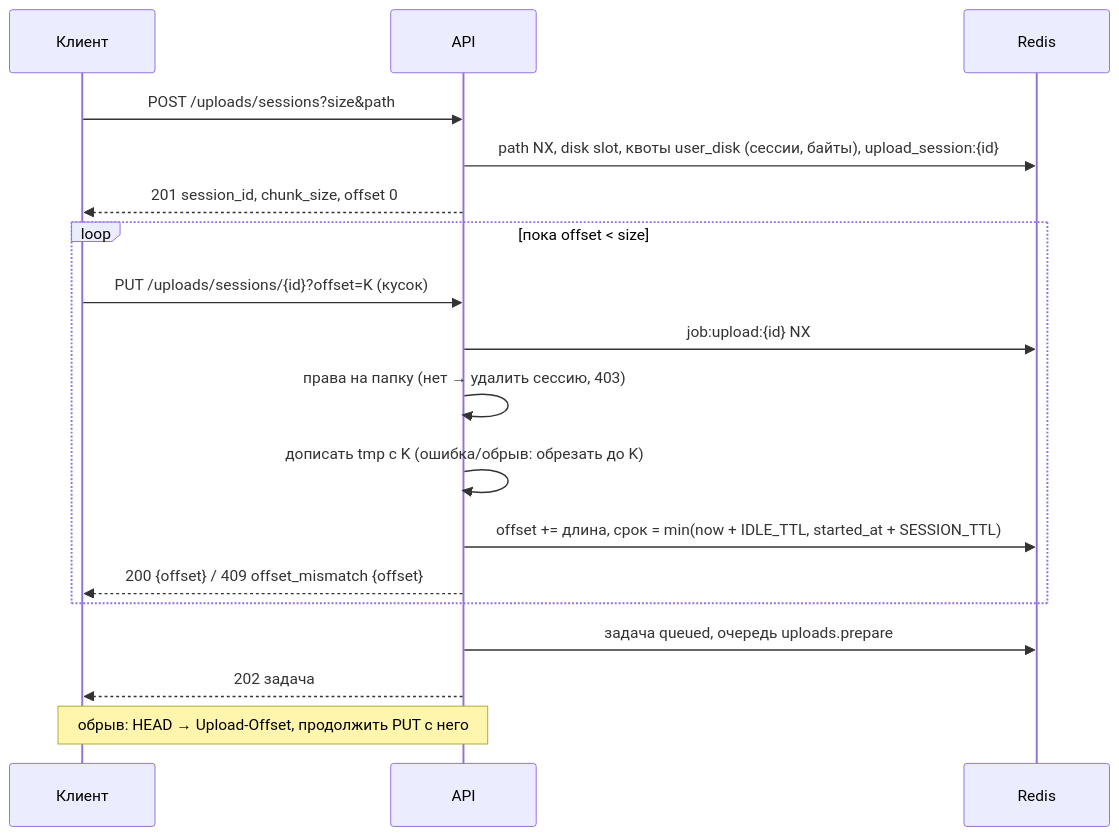
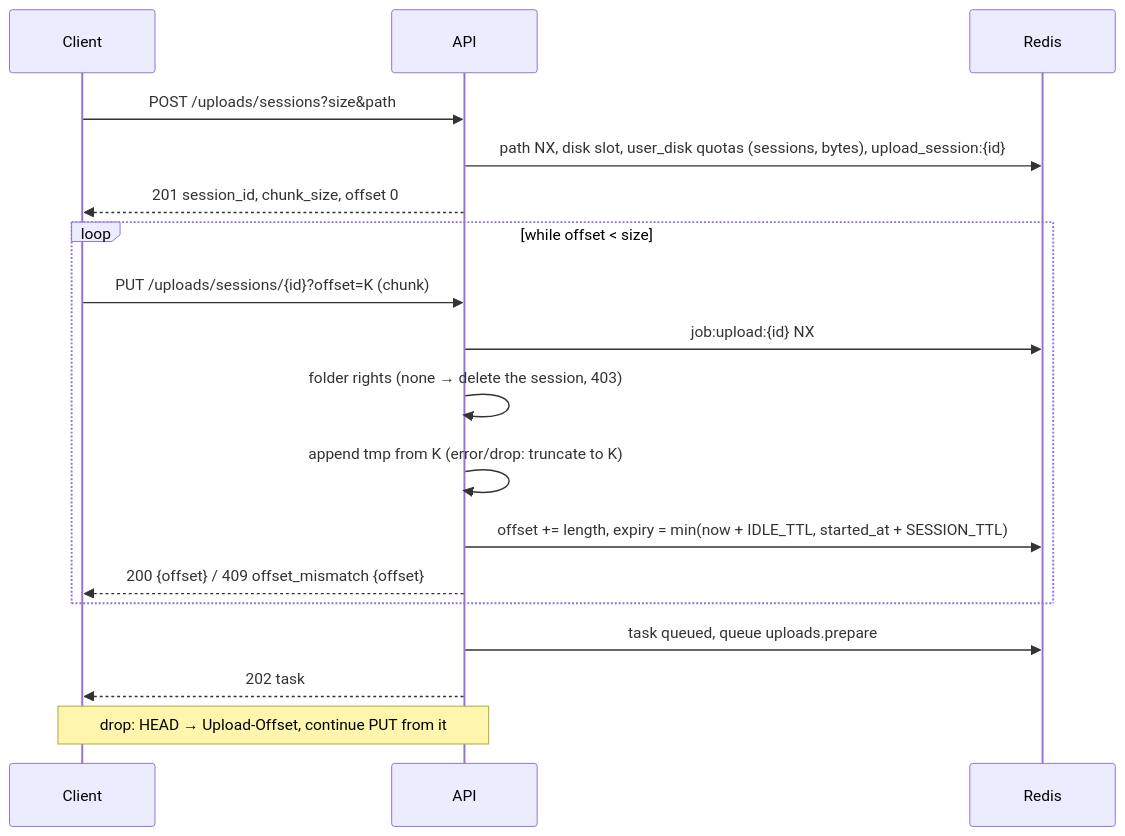
One commit to NikitkaZXC/tcloud-backend changed the diagram in docs/flows/uploads.md. Above: the diagram before and after it, drawn with Mermaid. The commit also changed other lines of this file and 20 other files, not shown here.

````diff
--- a/docs/flows/uploads.md
+++ b/docs/flows/uploads.md
@@ -90,20 +90,20 @@
 ```mermaid
 sequenceDiagram
-    participant C as Клиент
+    participant C as Client
     participant A as API
     participant R as Redis
     C->>A: POST /uploads/sessions?size&path
-    A->>R: path NX, disk slot, квоты user_disk (сессии, байты), upload_session:{id}
+    A->>R: path NX, disk slot, user_disk quotas (sessions, bytes), upload_session:{id}
     A-->>C: 201 session_id, chunk_size, offset 0
-    loop пока offset < size
-        C->>A: PUT /uploads/sessions/{id}?offset=K (кусок)
+    loop while offset < size
+        C->>A: PUT /uploads/sessions/{id}?offset=K (chunk)
         A->>R: job:upload:{id} NX
-        A->>A: права на папку (нет → удалить сессию, 403)
-        A->>A: дописать tmp с K (ошибка/обрыв: обрезать до K)
-        A->>R: offset += длина, срок = min(now + IDLE_TTL, started_at + SESSION_TTL)
+        A->>A: folder rights (none → delete the session, 403)
+        A->>A: append tmp from K (error/drop: truncate to K)
+        A->>R: offset += length, expiry = min(now + IDLE_TTL, started_at + SESSION_TTL)
         A-->>C: 200 {offset} / 409 offset_mismatch {offset}
     end
-    A->>R: задача queued, очередь uploads.prepare
-    A-->>C: 202 задача
-    Note over C,A: обрыв: HEAD → Upload-Offset, продолжить PUT с него
+    A->>R: task queued, queue uploads.prepare
+    A-->>C: 202 task
+    Note over C,A: drop: HEAD → Upload-Offset, continue PUT from it
 ```
````
